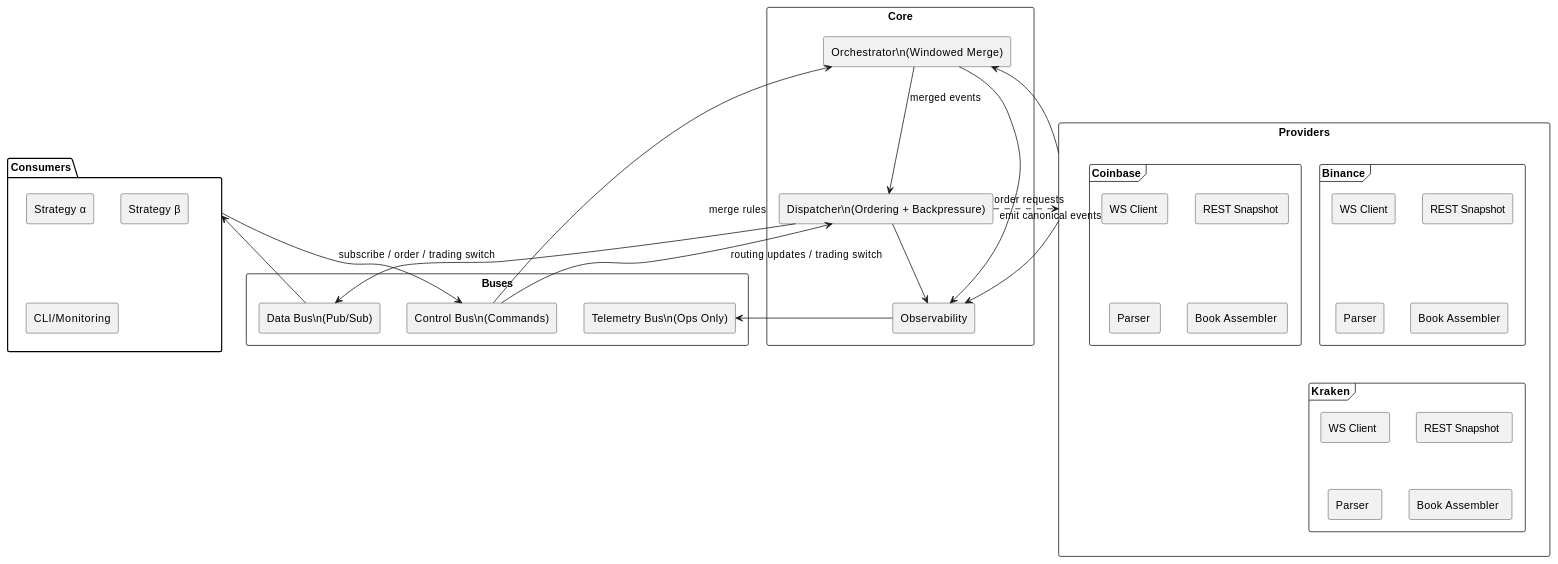
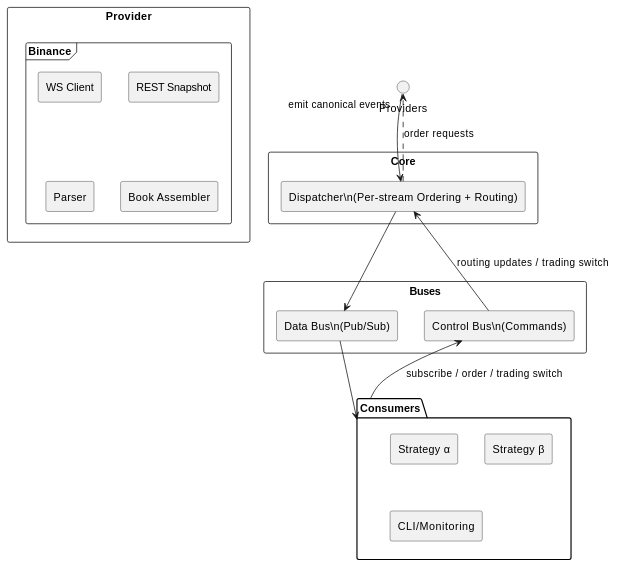
The diagram in docs/architecture.md (coachpo/meltica-gateway), drawn with PlantUML before and after one commit. The commit also changed other lines of this file and 217 other files, not shown here.

````diff
--- a/docs/architecture.md
+++ b/docs/architecture.md
@@ -5,62 +5,40 @@
 ```plantuml
 @startuml
 skinparam componentStyle rectangle
 skinparam monochrome true
 
-rectangle "Providers" {
+rectangle "Provider" {
   frame "Binance" {
     [WS Client]
     [REST Snapshot]
     [Parser]
     [Book Assembler]
   }
-  frame "Coinbase" {
-    [WS Client ]
-    [REST Snapshot ]
-    [Parser ]
-    [Book Assembler ]
-  }
-  frame "Kraken" {
-    [WS Client  ]
-    [REST Snapshot  ]
-    [Parser  ]
-    [Book Assembler  ]
-  }
 }
 
 rectangle "Core" {
-  [Orchestrator\\n(Windowed Merge)] as Orchestrator
-  [Dispatcher\\n(Ordering + Backpressure)] as Dispatcher
-  [Observability] as Observability
+  [Dispatcher\\n(Per-stream Ordering + Routing)] as Dispatcher
 }
 
 rectangle "Buses" {
   [Data Bus\\n(Pub/Sub)] as DataBus
   [Control Bus\\n(Commands)] as ControlBus
-  [Telemetry Bus\\n(Ops Only)] as TelemetryBus
 }
 
 package "Consumers" {
   [Strategy α]
   [Strategy β]
   [CLI/Monitoring]
 }
 
-Providers "emit canonical events" --> Orchestrator
-Orchestrator --> Dispatcher : merged events
+Providers "emit canonical events" --> Dispatcher
 Dispatcher --> DataBus
 DataBus --> Consumers
 
-ControlBus --> Orchestrator : merge rules
 ControlBus --> Dispatcher : routing updates / trading switch
 Consumers --> ControlBus : subscribe / order / trading switch
-
-Dispatcher --> Observability
-Orchestrator --> Observability
-Providers --> Observability
-Observability --> TelemetryBus
 
 Dispatcher ..> Providers : order requests
 
 @enduml
 ```
````
